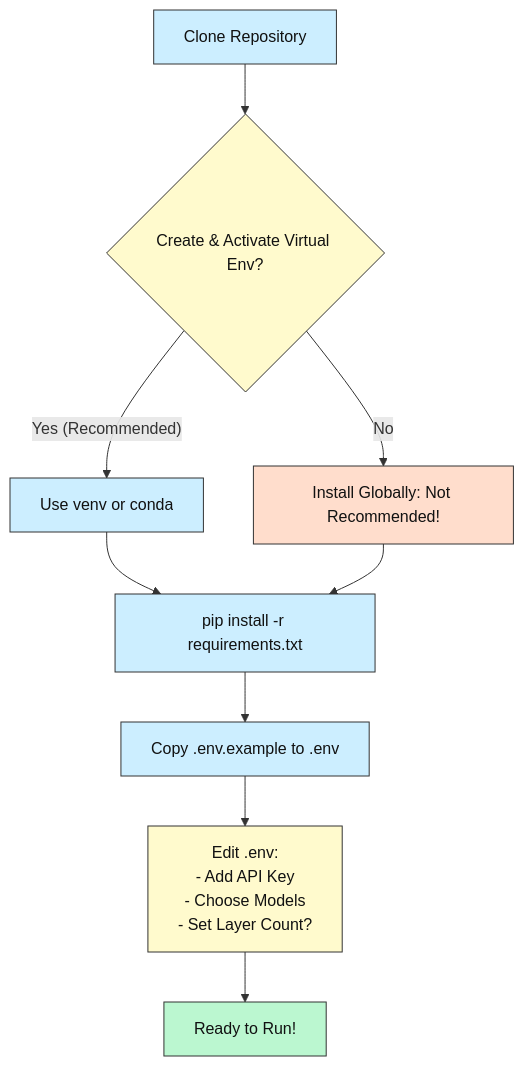
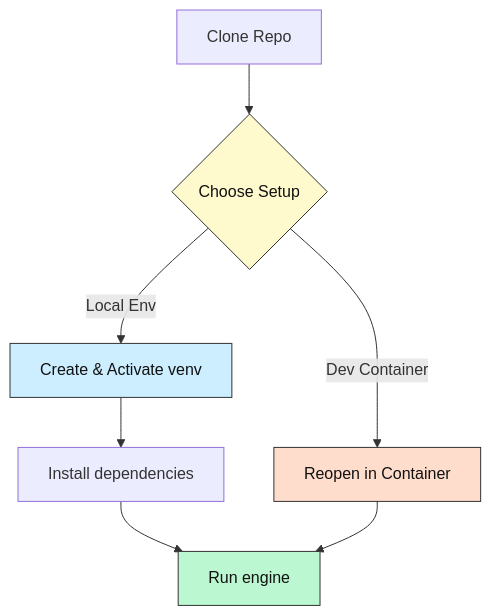
The third of 3 diagrams in README.md (Mindrocket42/MOA-DeepOutputs), drawn with Mermaid before and after one commit. The commit also changed other lines of this file and 5 other files, not shown here.

````diff
--- a/README.md
+++ b/README.md
@@ -346,35 +157,13 @@
 ```mermaid
-graph TD
-
-    A[Clone Repository] --> B{Create & Activate Virtual Env?};
-
-    B -- Yes (Recommended) --> C[Use venv or conda];
-
-    B -- No --> D[Install Globally: Not Recommended!];
-
-    C --> E[pip install -r requirements.txt];
-
-    D --> E;
-
-    E --> F[Copy .env.example to .env];
-
-    F --> G[Edit .env:\n- Add API Key\n- Choose Models\n- Set Layer Count?];
-
-    G --> H[Ready to Run!];
-
-    style A fill:#cceeff,stroke:#333333,color:#111111
-
+flowchart TD
+    A[Clone Repo] --> B{Choose Setup}
+    B -->|Local Env| C[Create & Activate venv]
+    C --> D[Install dependencies]
+    D --> E[Run engine]
+    B -->|Dev Container| F[Reopen in Container]
+    F --> E
     style B fill:#fffacd,stroke:#333333,color:#111111
-
     style C fill:#cceeff,stroke:#333333,color:#111111
-
-    style D fill:#ffddcc,stroke:#333333,color:#111111
-
-    style E fill:#cceeff,stroke:#333333,color:#111111
-
-    style F fill:#cceeff,stroke:#333333,color:#111111
-
-    style G fill:#fffacd,stroke:#333333,color:#111111
-
-    style H fill:#bbf7d0,stroke:#333333,color:#111111
+    style F fill:#ffddcc,stroke:#333333,color:#111111
+    style E fill:#bbf7d0,stroke:#333333,color:#111111
 ```
````
